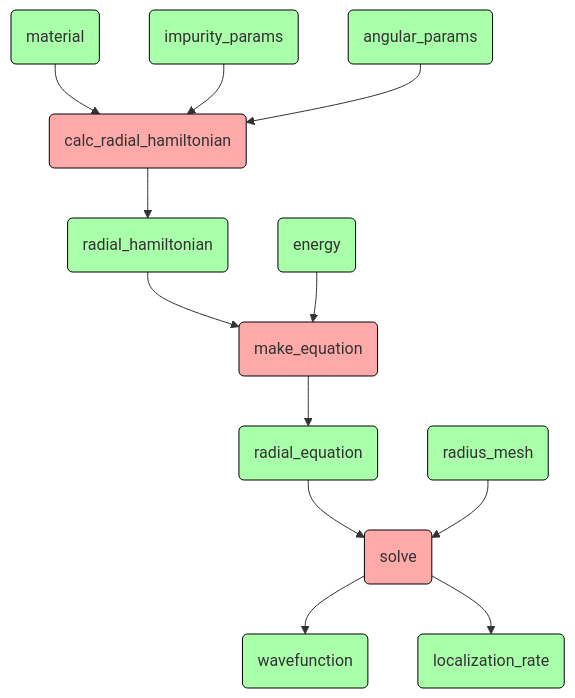
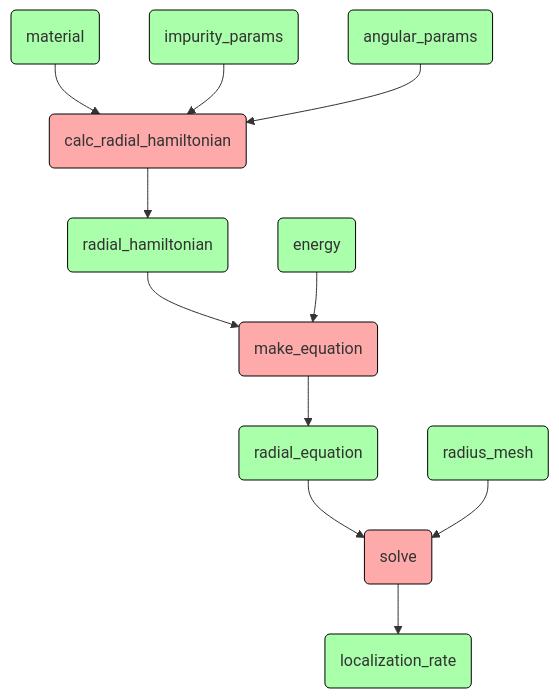
One commit to MaksimZh/hw changed the first of 2 diagrams in 04_design_vision/design_vision.md. Above: the diagram before and after it, drawn with Mermaid. The commit also changed other lines of this file, not shown here.

````diff
--- a/04_design_vision/design_vision.md
+++ b/04_design_vision/design_vision.md
@@ -68,19 +79,18 @@
 ```mermaid
 graph TD;
     mat(material) --> crh(calc_radial_hamiltonian)
     imp(impurity_params) --> crh
     ang(angular_params) --> crh
     crh --> rh(radial_hamiltonian)
     rh --> meq(make_equation)
     en(energy) --> meq
     meq --> eq(radial_equation)
     eq --> solve(solve)
     rad(radius_mesh) --> solve
-    solve --> wf(wavefunction)
     solve --> lr(localization_rate)
 
     classDef data fill:#afa, stroke:#000
     classDef proc fill:#faa, stroke:#000
-    class mat,imp,ang,rh,en,eq,rad,wf,lr data
+    class mat,imp,ang,rh,en,eq,rad,lr data
     class crh,meq,solve proc
 ```
````
